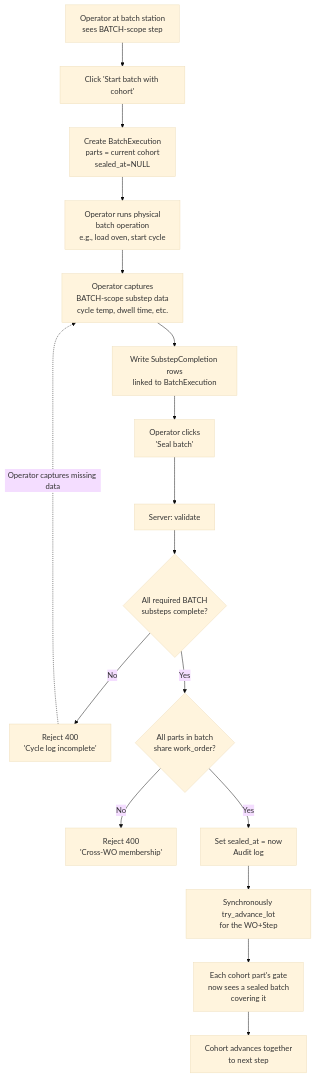
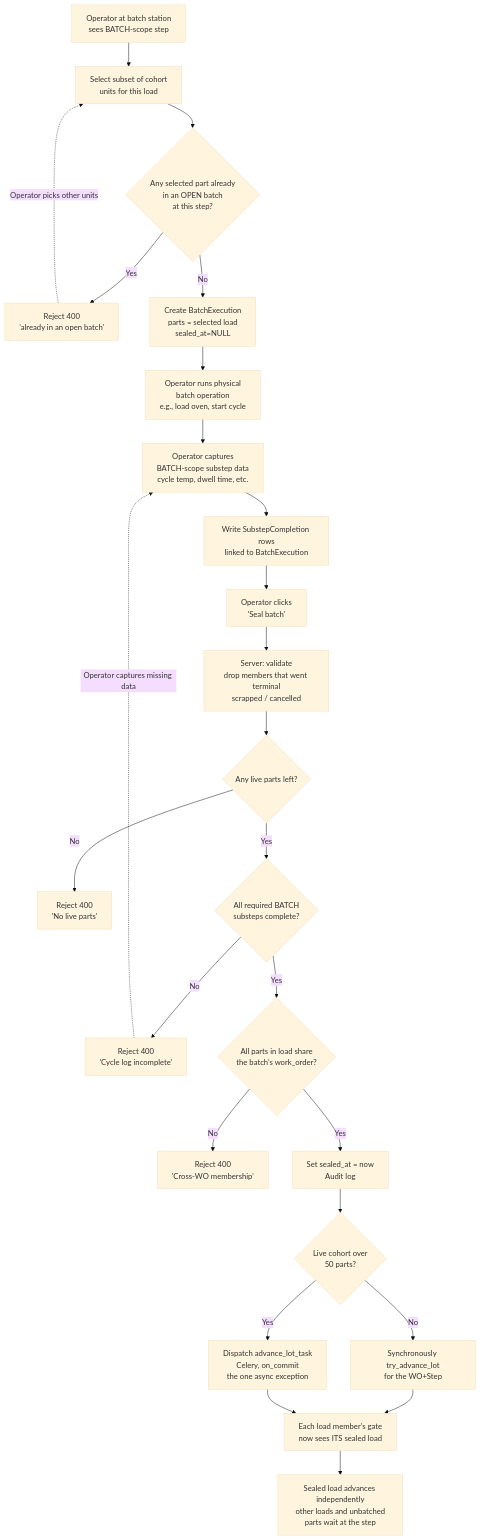
Before and after one commit to TiredEspressoBean/AmbacQualityManagementService: the seventh of 13 diagrams in Documents/MES_BEHAVIOR_FLOWS.md, drawn with Mermaid (base theme). The commit also changed other lines of this file and 25 other files, not shown here.

````diff
--- a/Documents/MES_BEHAVIOR_FLOWS.md
+++ b/Documents/MES_BEHAVIOR_FLOWS.md
@@ -197,19 +205,27 @@
 ```mermaid
 flowchart TD
-    A[Operator at batch station<br/>sees BATCH-scope step] --> B[Click 'Start batch with cohort']
-    B --> C[Create BatchExecution<br/>parts = current cohort<br/>sealed_at=NULL]
-    C --> D[Operator runs physical<br/>batch operation<br/>e.g., load oven, start cycle]
-    D --> E[Operator captures<br/>BATCH-scope substep data<br/>cycle temp, dwell time, etc.]
-    E --> F[Write SubstepCompletion rows<br/>linked to BatchExecution]
-    F --> G[Operator clicks<br/>'Seal batch']
-    G --> H[Server: validate]
-    H --> I{All required BATCH<br/>substeps complete?}
-    I -->|No| J[Reject 400<br/>'Cycle log incomplete']
-    I -->|Yes| K{All parts in batch<br/>share work_order?}
-    K -->|No| L[Reject 400<br/>'Cross-WO membership']
-    K -->|Yes| M[Set sealed_at = now<br/>Audit log]
-    M --> N[Synchronously try_advance_lot<br/>for the WO+Step]
-    N --> O[Each cohort part's gate<br/>now sees a sealed batch<br/>covering it]
-    O --> P[Cohort advances together<br/>to next step]
-    J -.->|Operator captures missing data| E
+    A[Operator at batch station<br/>sees BATCH-scope step] --> B[Select subset of cohort<br/>units for this load]
+    B --> C{Any selected part already<br/>in an OPEN batch<br/>at this step?}
+    C -->|Yes| C2[Reject 400<br/>'already in an open batch']
+    C -->|No| D[Create BatchExecution<br/>parts = selected load<br/>sealed_at=NULL]
+    D --> E[Operator runs physical<br/>batch operation<br/>e.g., load oven, start cycle]
+    E --> F[Operator captures<br/>BATCH-scope substep data<br/>cycle temp, dwell time, etc.]
+    F --> G[Write SubstepCompletion rows<br/>linked to BatchExecution]
+    G --> H[Operator clicks<br/>'Seal batch']
+    H --> I[Server: validate<br/>drop members that went terminal<br/>scrapped / cancelled]
+    I --> J{Any live parts left?}
+    J -->|No| K[Reject 400<br/>'No live parts']
+    J -->|Yes| L{All required BATCH<br/>substeps complete?}
+    L -->|No| M[Reject 400<br/>'Cycle log incomplete']
+    L -->|Yes| N{All parts in load share<br/>the batch's work_order?}
+    N -->|No| O[Reject 400<br/>'Cross-WO membership']
+    N -->|Yes| P[Set sealed_at = now<br/>Audit log]
+    P --> Q{Live cohort over<br/>50 parts?}
+    Q -->|No| R[Synchronously try_advance_lot<br/>for the WO+Step]
+    Q -->|Yes| S[Dispatch advance_lot_task<br/>Celery, on_commit<br/>the one async exception]
+    R --> T[Each load member's gate<br/>now sees ITS sealed load]
+    S --> T
+    T --> U[Sealed load advances independently<br/>other loads and unbatched<br/>parts wait at the step]
+    M -.->|Operator captures missing data| F
+    C2 -.->|Operator picks other units| B
 ```
````
